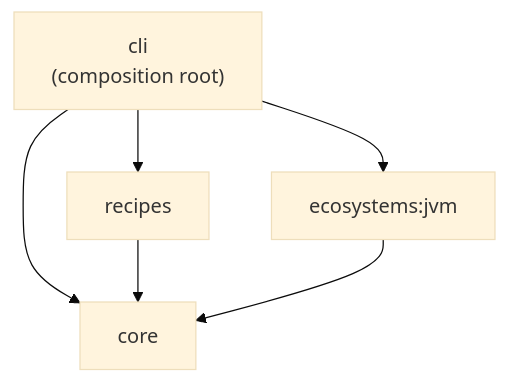
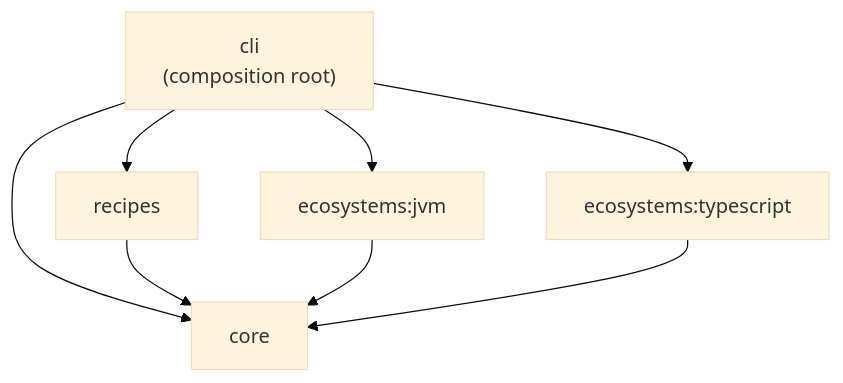
The second of 4 diagrams in docs/architecture/recipe-migration.md (danvan86/lector-ai), drawn with Mermaid (base theme) before and after one commit. The commit also changed other lines of this file and 9 other files, not shown here.

First line of the commit message:
docs(architecture): document the TypeScript adapter and sync the docs with M9

````diff
--- a/docs/architecture/recipe-migration.md
+++ b/docs/architecture/recipe-migration.md
@@ -58,8 +60,10 @@
 ```mermaid
 flowchart TB
     cli["cli<br/>(composition root)"] --> recipes
     cli --> jvm["ecosystems:jvm"]
+    cli --> ts["ecosystems:typescript"]
     cli --> core
     recipes --> core
     jvm --> core
+    ts --> core
 ```
````
